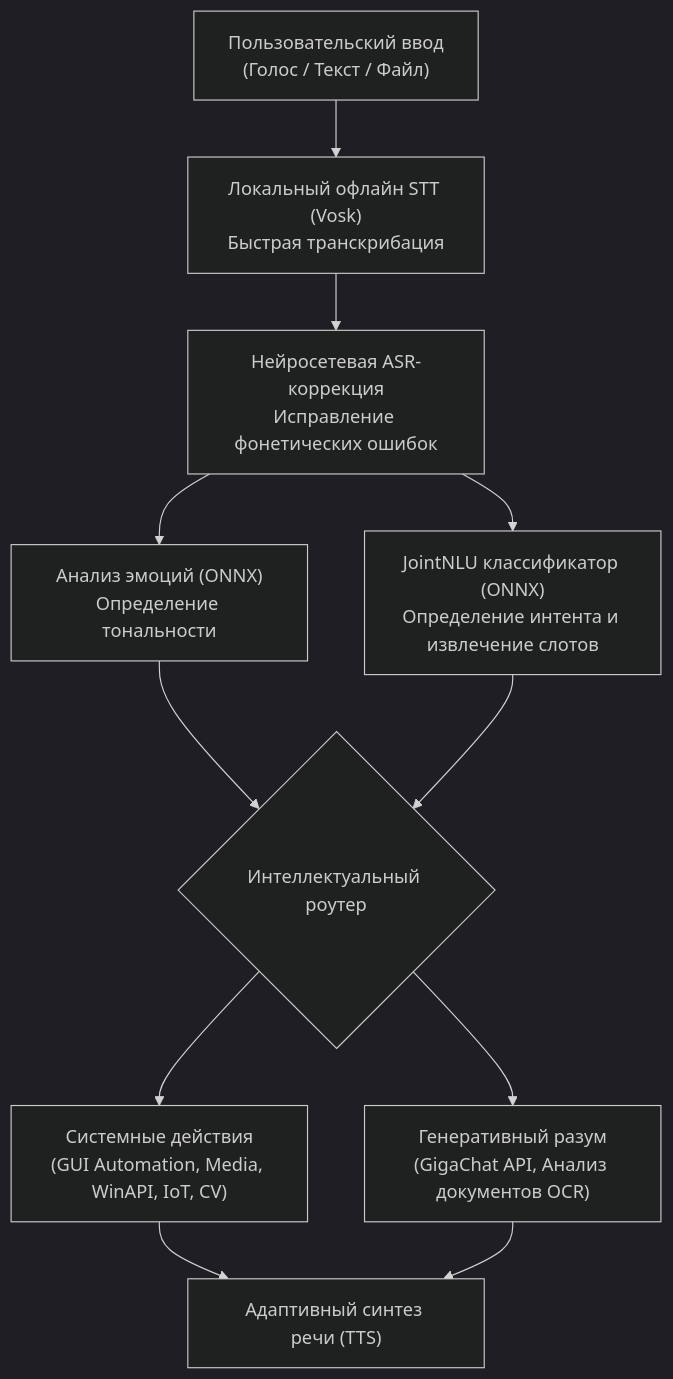
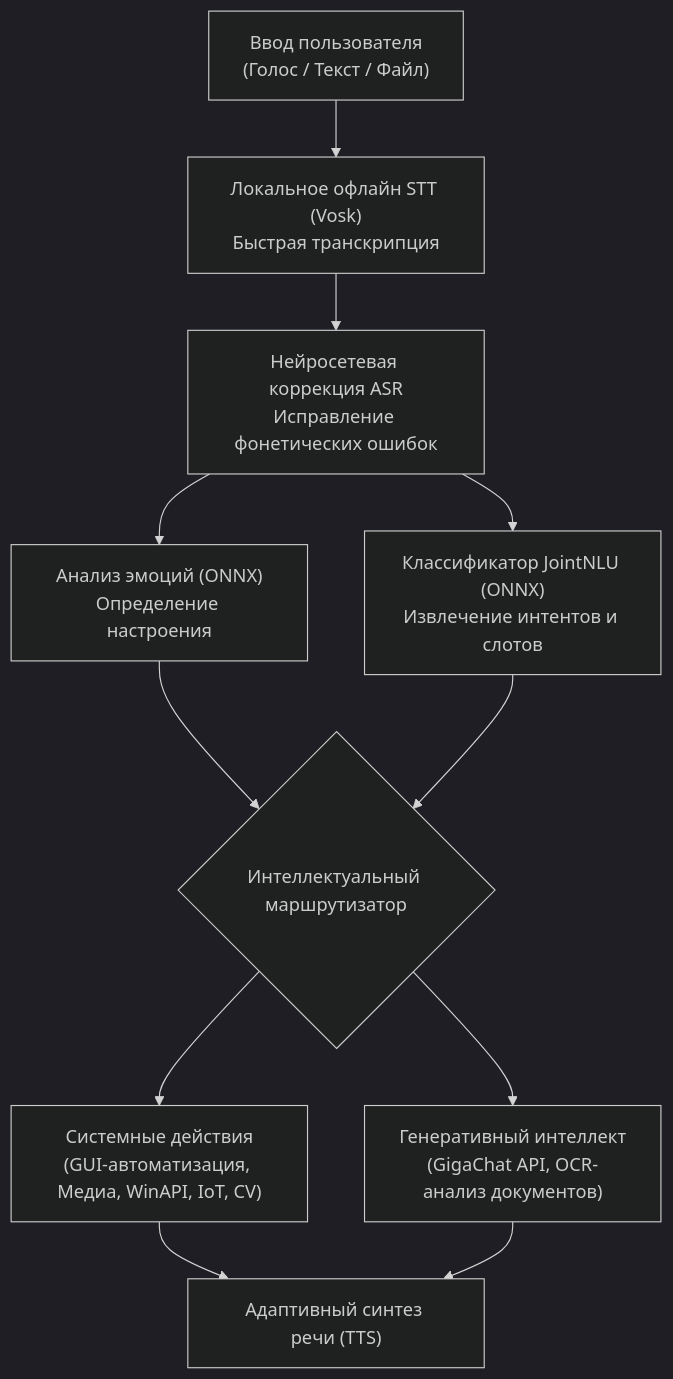
The second of 2 diagrams in README.md (RaccoonKa/Astra), drawn with Mermaid (dark theme) before and after one commit. The commit also changed other lines of this file and 1 other file, not shown here.

````diff
--- a/README.md
+++ b/README.md
@@ -80,13 +186,13 @@
 ```mermaid
 flowchart TD
-    A["Пользовательский ввод<br>(Голос / Текст / Файл)"] --> B["Локальный офлайн STT (Vosk)<br>Быстрая транскрибация"]
-    B --> C["Нейросетевая ASR-коррекция<br>Исправление фонетических ошибок"]
-    C --> D["Анализ эмоций (ONNX)<br>Определение тональности"]
-    C --> E["JointNLU классификатор (ONNX)<br>Определение интента и извлечение слотов"]
-    D --> F{"Интеллектуальный роутер"}
+    A["Ввод пользователя<br>(Голос / Текст / Файл)"] --> B["Локальное офлайн STT (Vosk)<br>Быстрая транскрипция"]
+    B --> C["Нейросетевая коррекция ASR<br>Исправление фонетических ошибок"]
+    C --> D["Анализ эмоций (ONNX)<br>Определение настроения"]
+    C --> E["Классификатор JointNLU (ONNX)<br>Извлечение интентов и слотов"]
+    D --> F{"Интеллектуальный маршрутизатор"}
     E --> F
-    F --> G["Системные действия<br>(GUI Automation, Media, WinAPI, IoT, CV)"]
-    F --> H["Генеративный разум<br>(GigaChat API, Анализ документов OCR)"]
+    F --> G["Системные действия<br>(GUI-автоматизация, Медиа, WinAPI, IoT, CV)"]
+    F --> H["Генеративный интеллект<br>(GigaChat API, OCR-анализ документов)"]
     G --> I["Адаптивный синтез речи (TTS)"]
     H --> I
 ```
````
